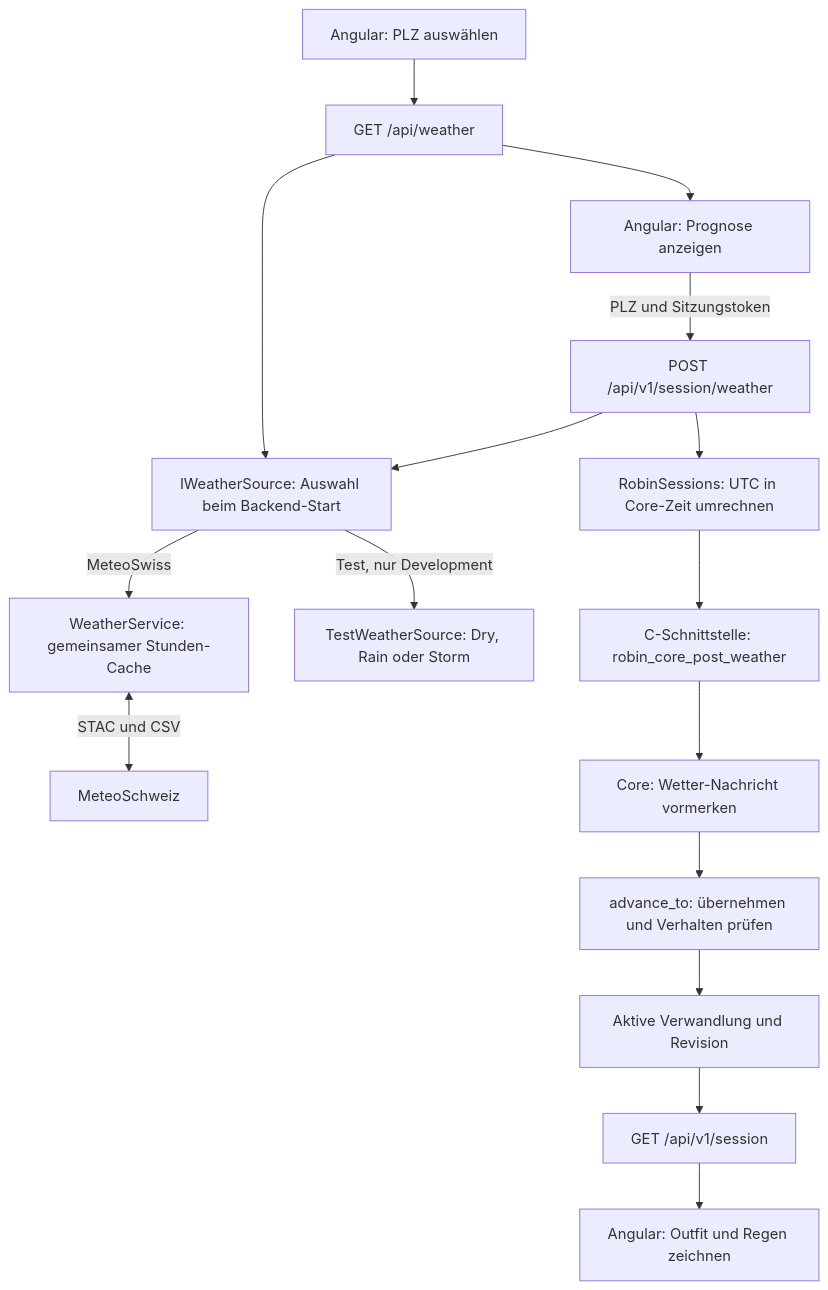
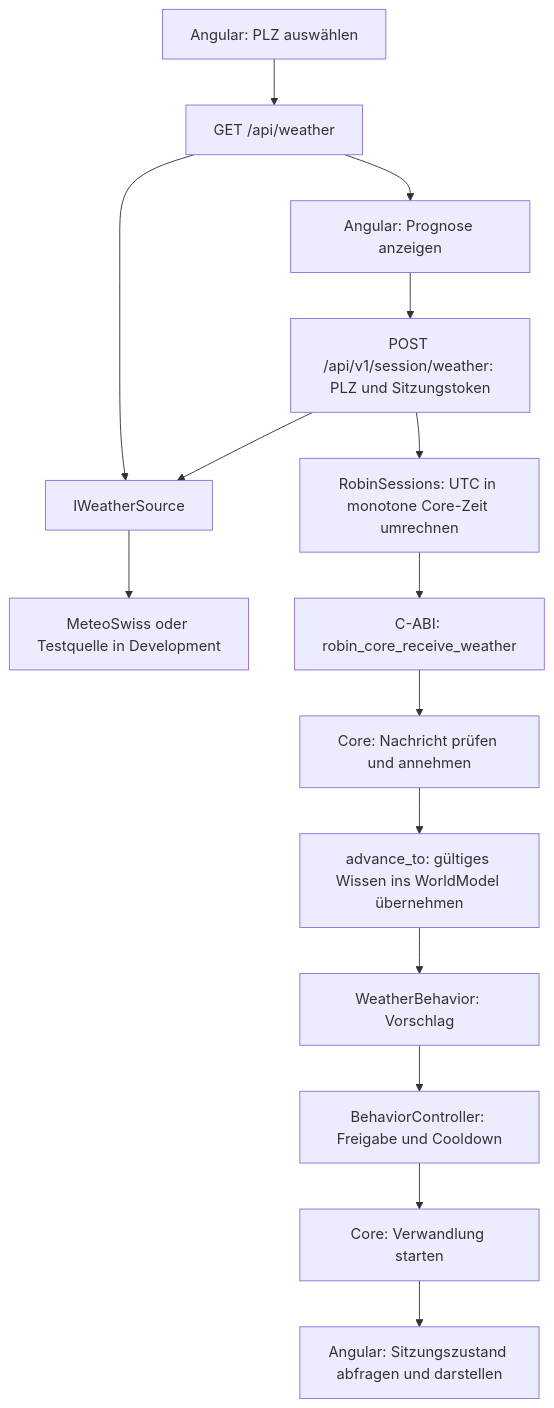
One commit to sabrinahelfenberger-Wusel/PinkRobin changed the diagram in docs/architecture/Wetterreaktionen.md. Above: the diagram before and after it, drawn with Mermaid. The commit also changed other lines of this file and 2 other files, not shown here.

Commit message:
Document behavior coordination and remove obsolete weather retry delay

````diff
--- a/docs/architecture/Wetterreaktionen.md
+++ b/docs/architecture/Wetterreaktionen.md
@@ -9,18 +9,17 @@
 ```mermaid
 flowchart TD
     A[Angular: PLZ auswählen] --> B[GET /api/weather]
-    B --> S[IWeatherSource: Auswahl beim Backend-Start]
-    S -->|MeteoSwiss| C[WeatherService: gemeinsamer Stunden-Cache]
-    C <-->|STAC und CSV| M[MeteoSchweiz]
-    S -->|Test, nur Development| T[TestWeatherSource: Dry, Rain oder Storm]
+    B --> S[IWeatherSource]
+    S --> M[MeteoSwiss oder Testquelle in Development]
     B --> D[Angular: Prognose anzeigen]
-    D -->|PLZ und Sitzungstoken| E[POST /api/v1/session/weather]
+    D --> E[POST /api/v1/session/weather: PLZ und Sitzungstoken]
     E --> S
-    E --> F[RobinSessions: UTC in Core-Zeit umrechnen]
-    F --> G[C-Schnittstelle: robin_core_post_weather]
-    G --> H[Core: Wetter-Nachricht vormerken]
-    H --> I[advance_to: übernehmen und Verhalten prüfen]
-    I --> J[Aktive Verwandlung und Revision]
-    J --> K[GET /api/v1/session]
-    K --> L[Angular: Outfit und Regen zeichnen]
+    E --> F[RobinSessions: UTC in monotone Core-Zeit umrechnen]
+    F --> G[C-ABI: robin_core_receive_weather]
+    G --> H[Core: Nachricht prüfen und annehmen]
+    H --> I[advance_to: gültiges Wissen ins WorldModel übernehmen]
+    I --> J[WeatherBehavior: Vorschlag]
+    J --> K[BehaviorController: Freigabe und Cooldown]
+    K --> L[Core: Verwandlung starten]
+    L --> N[Angular: Sitzungszustand abfragen und darstellen]
 ```
````
